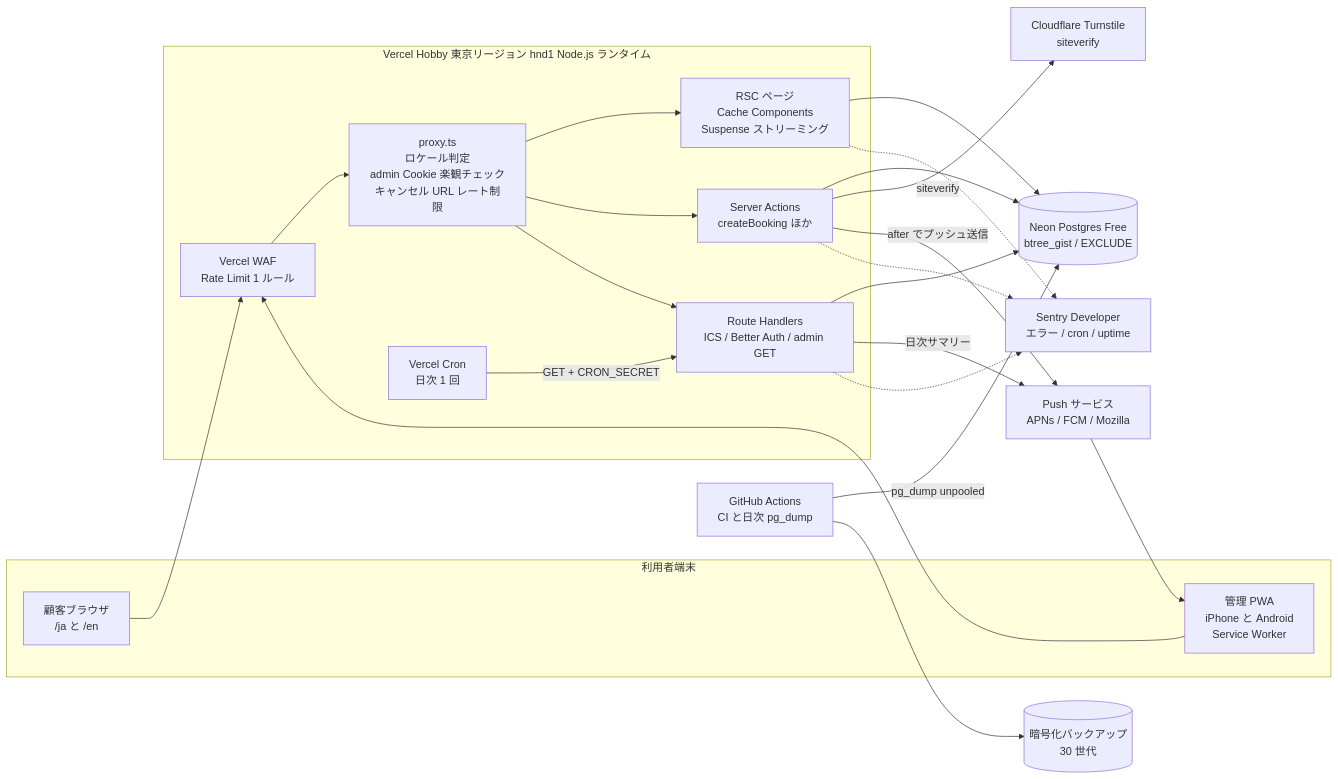
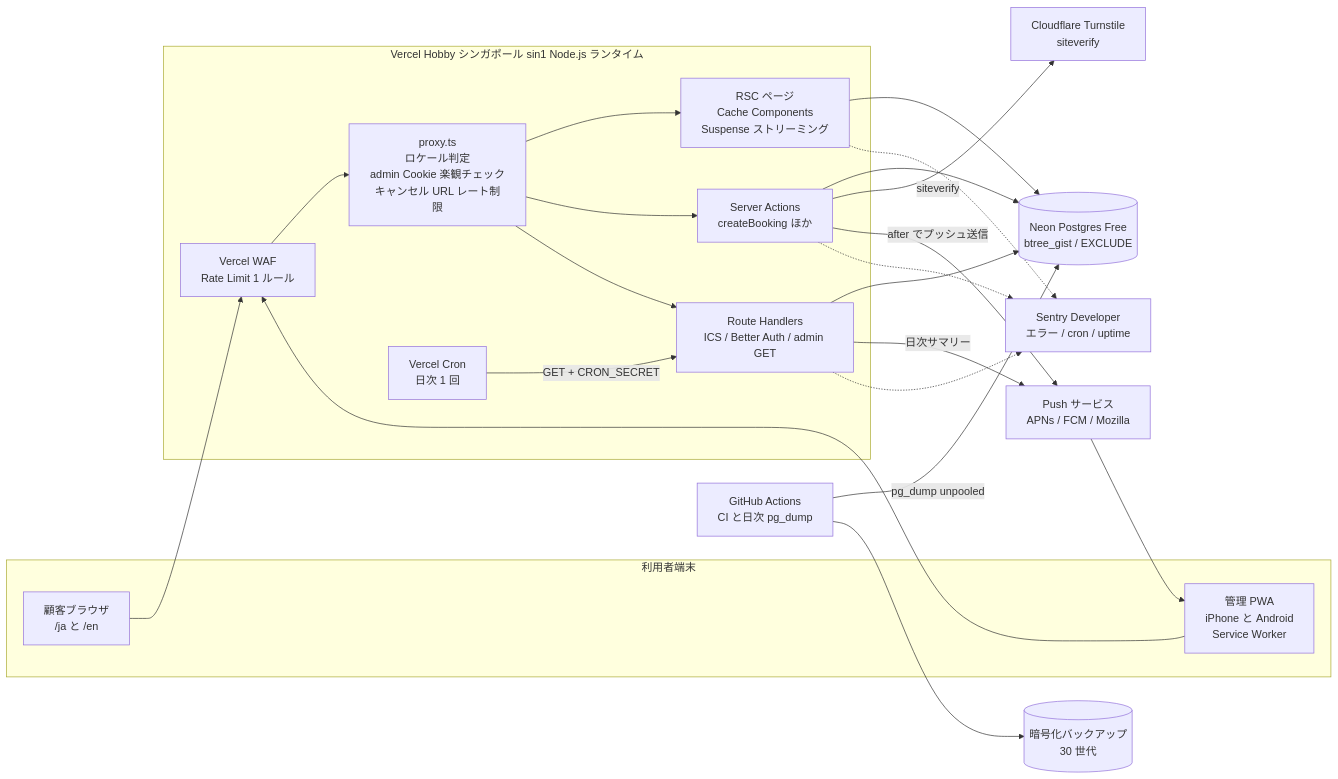
One commit to kaz-ma/barber-booking changed the diagram in docs/03_design/00_overview.md. Above: the diagram before and after it, drawn with Mermaid. The commit also changed other lines of this file and 2 other files, not shown here.

Commit message:
chore(vercel): run functions in sin1, next to the Neon database (Singapore)
The production database is AWS Asia Pacific 1 (Singapore). With functions in
the default iad1 every database round trip crossed the Pacific (about 0.65 s
of database time for one month of availability). Pin the function region to
sin1 and record the change in DES-00 / REL-001.

Claude-Session: https://claude.ai/code/session_01KB5shAyoFXW5CevLsyefNu

````diff
--- a/docs/03_design/00_overview.md
+++ b/docs/03_design/00_overview.md
@@ -47,41 +47,41 @@
 ```mermaid
 flowchart LR
   subgraph Client["利用者端末"]
     C1["顧客ブラウザ<br/>/ja と /en"]
     A1["管理 PWA<br/>iPhone と Android<br/>Service Worker"]
   end
-  subgraph Vercel["Vercel Hobby 東京リージョン hnd1 Node.js ランタイム"]
+  subgraph Vercel["Vercel Hobby シンガポール sin1 Node.js ランタイム"]
     WAF["Vercel WAF<br/>Rate Limit 1 ルール"]
     P["proxy.ts<br/>ロケール判定<br/>admin Cookie 楽観チェック<br/>キャンセル URL レート制限"]
     R["RSC ページ<br/>Cache Components<br/>Suspense ストリーミング"]
     SA["Server Actions<br/>createBooking ほか"]
     RH["Route Handlers<br/>ICS / Better Auth / admin GET"]
     CR["Vercel Cron<br/>日次 1 回"]
   end
   DB[("Neon Postgres Free<br/>btree_gist / EXCLUDE")]
   PS["Push サービス<br/>APNs / FCM / Mozilla"]
   TS["Cloudflare Turnstile<br/>siteverify"]
   SE["Sentry Developer<br/>エラー / cron / uptime"]
   GH["GitHub Actions<br/>CI と日次 pg_dump"]
   BK[("暗号化バックアップ<br/>30 世代")]
 
   C1 --> WAF
   A1 --> WAF
   WAF --> P
   P --> R
   P --> SA
   P --> RH
   R --> DB
   SA --> DB
   RH --> DB
   CR -->|"GET + CRON_SECRET"| RH
   SA -->|"siteverify"| TS
   SA -->|"after でプッシュ送信"| PS
   RH -->|"日次サマリー"| PS
   PS --> A1
   R -.-> SE
   SA -.-> SE
   RH -.-> SE
   GH -->|"pg_dump unpooled"| DB
   GH --> BK
 ```
````
